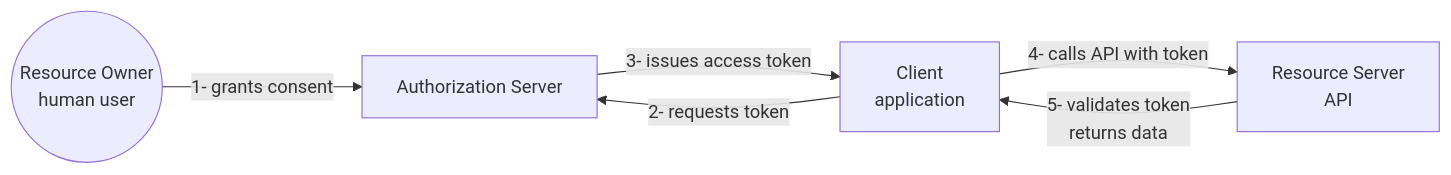
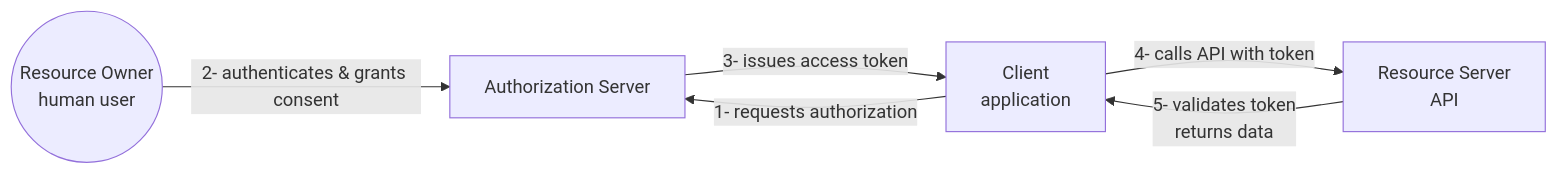
Before and after one commit to kubiosec-agentic/oauth-deepdive: the diagram in docs/01-what-is-oauth.md, drawn with Mermaid.

Commit message:
Fix step order in ch.1 overview diagram
The client initiates the flow: it requests authorization first, then the
resource owner authenticates and consents, then the token is issued.
Also relabel the client's first move 'requests token' -> 'requests
authorization' (the token is issued at step 3, not requested at step 1).

````diff
--- a/docs/01-what-is-oauth.md
+++ b/docs/01-what-is-oauth.md
@@ -9,13 +9,13 @@
 ```mermaid
 flowchart LR
     RO((Resource Owner<br/>human user))
     C[Client<br/>application]
     AS[Authorization Server]
     RS[Resource Server<br/>API]
 
-    RO -->|1- grants consent| AS
-    C -->|2- requests token| AS
+    C -->|1- requests authorization| AS
+    RO -->|2- authenticates & grants consent| AS
     AS -->|3- issues access token| C
     C -->|4- calls API with token| RS
     RS -->|5- validates token<br/>returns data| C
 ```
````
